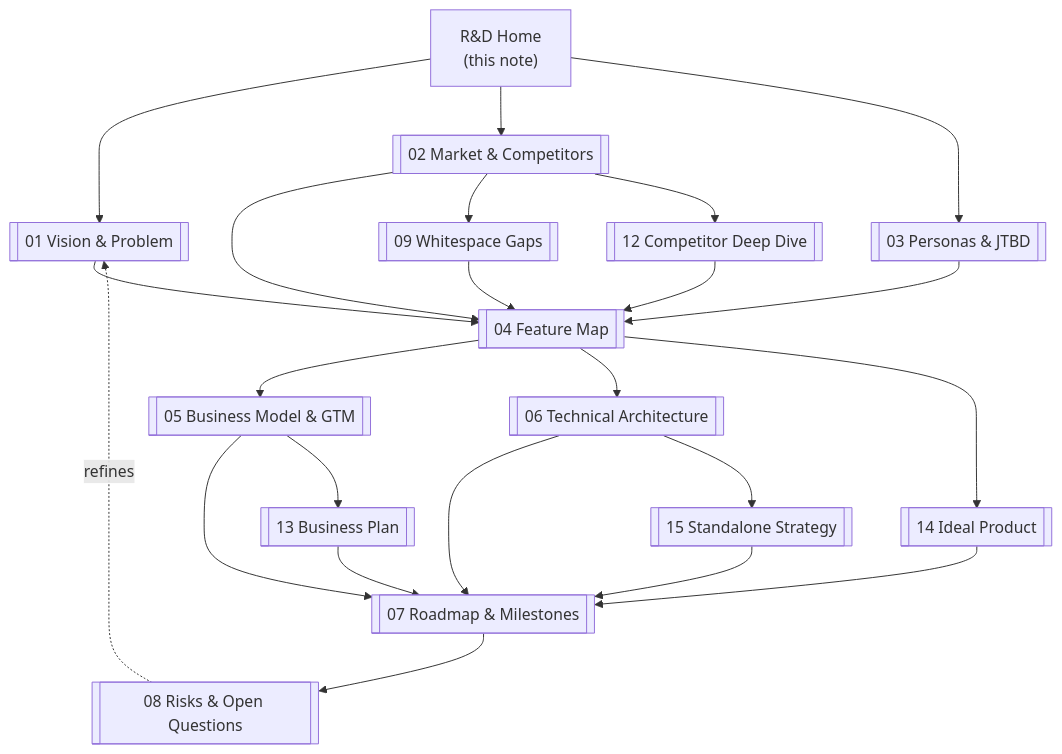
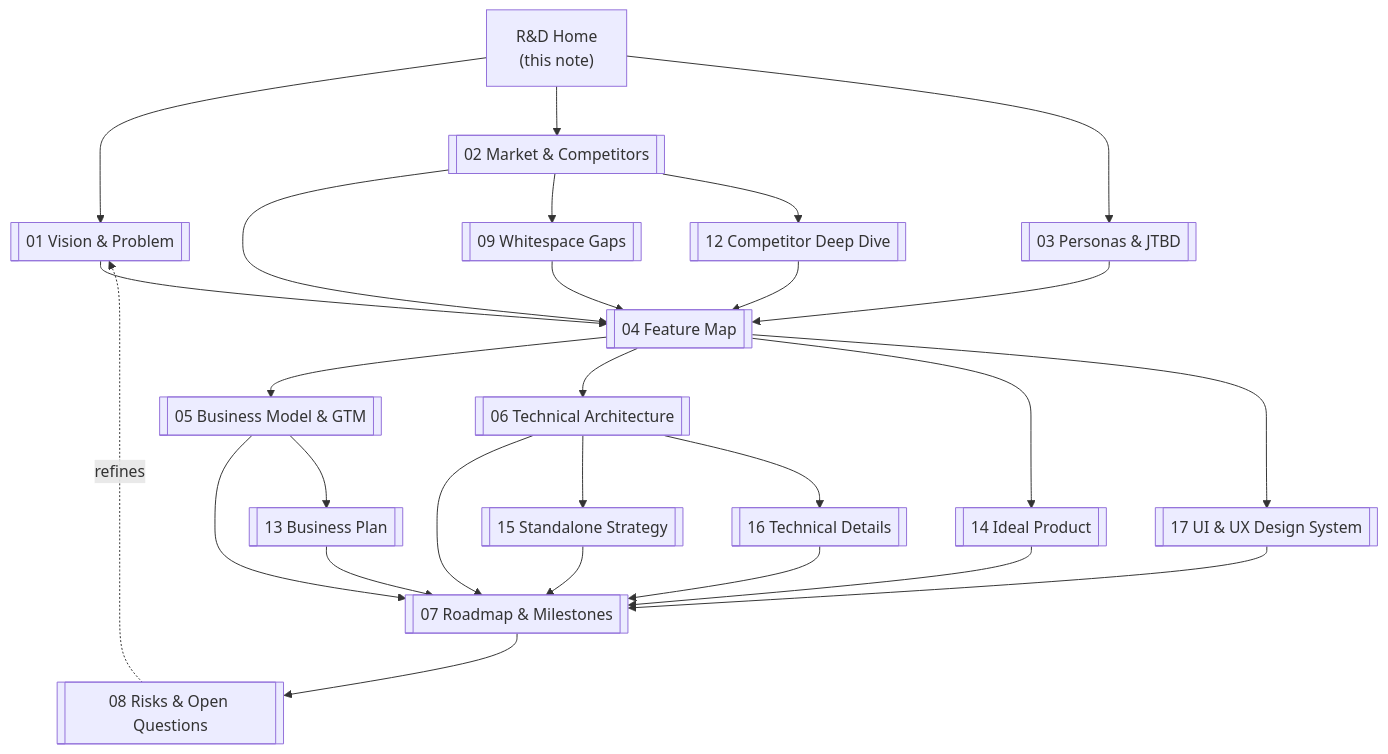
Before and after one commit to sakib3201/smooth-restaurant: the diagram in smooth-restuarant/README.md, drawn with Mermaid. The commit also changed other lines of this file and 17 other files, not shown here.

````diff
--- a/smooth-restuarant/README.md
+++ b/smooth-restuarant/README.md
@@ -25,38 +24,42 @@
 ```mermaid
 graph TD
     HOME["R&D Home<br/>(this note)"]
     VISION[["01 Vision & Problem"]]
     MARKET[["02 Market & Competitors"]]
     PERSONA[["03 Personas & JTBD"]]
     FEAT[["04 Feature Map"]]
     BIZ[["05 Business Model & GTM"]]
     TECH[["06 Technical Architecture"]]
     ROAD[["07 Roadmap & Milestones"]]
     RISK[["08 Risks & Open Questions"]]
 
     HOME --> VISION
     HOME --> MARKET
     HOME --> PERSONA
     PERSONA --> FEAT
     VISION --> FEAT
     MARKET --> FEAT
     FEAT --> BIZ
     FEAT --> TECH
     BIZ --> ROAD
     TECH --> ROAD
     ROAD --> RISK
     RISK -.->|refines| VISION
     MARKET --> GAPS[["09 Whitespace Gaps"]]
     MARKET --> DEEP[["12 Competitor Deep Dive"]]
     GAPS --> FEAT
     DEEP --> FEAT
     BIZ --> PLAN[["13 Business Plan"]]
     PLAN --> ROAD
     FEAT --> IDEAL[["14 Ideal Product"]]
+    FEAT --> DESIGN[["17 UI & UX Design System"]]
+    DESIGN --> ROAD
     TECH --> STAND[["15 Standalone Strategy"]]
+    TECH --> TECH16[["16 Technical Details"]]
     STAND --> ROAD
+    TECH16 --> ROAD
     IDEAL --> ROAD
 
     class FEAT internal-link
     class ROAD internal-link
 ```
````
